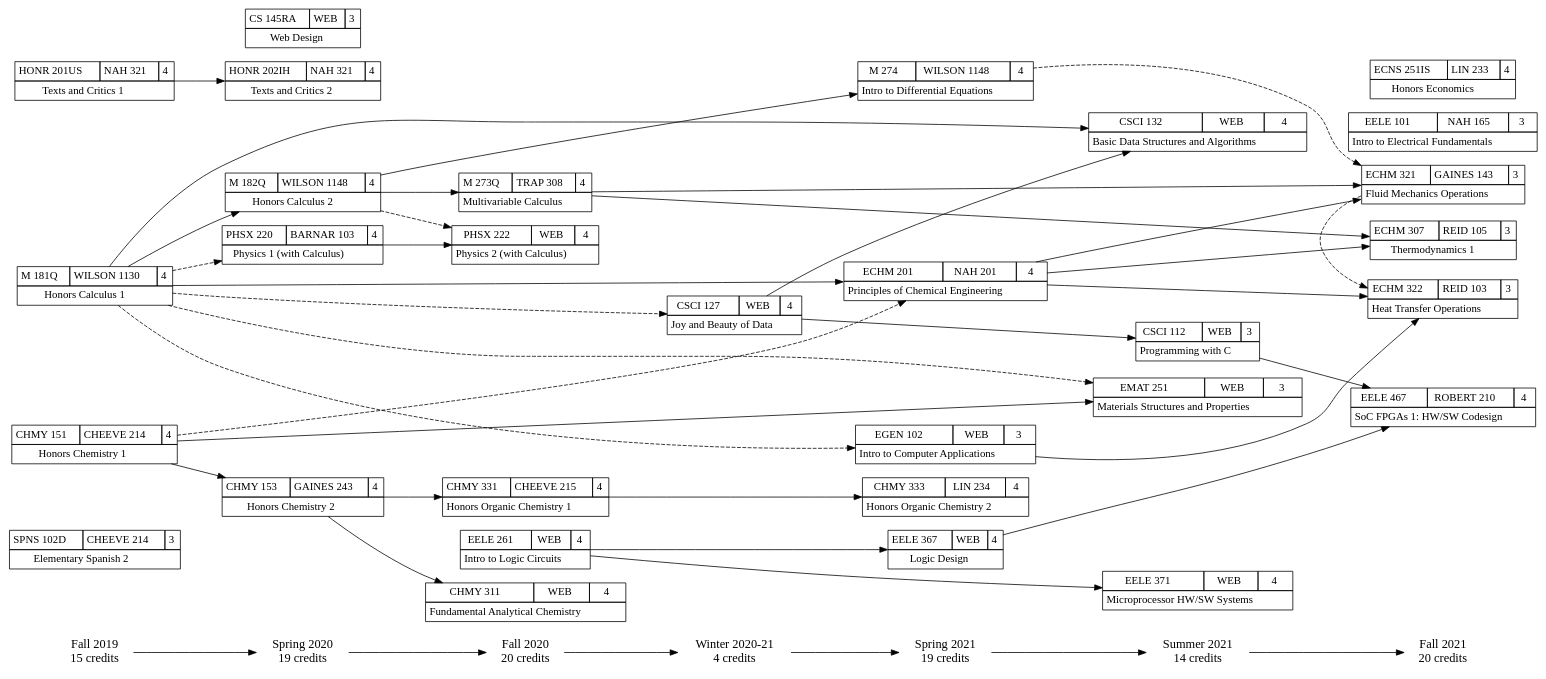
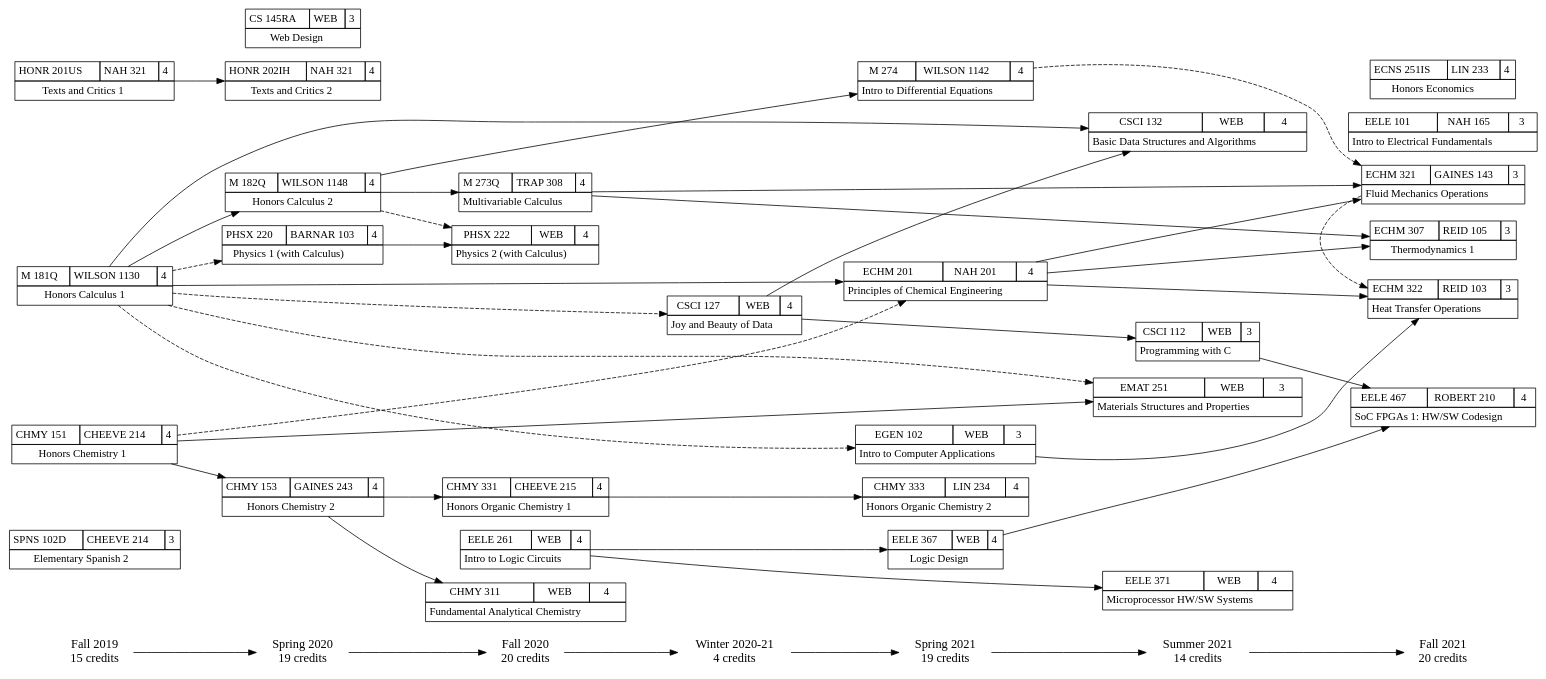
The diagram in courses_current.gv (w-culhane/courses-flowchart), drawn with Graphviz before and after one commit. The commit also changed 1 other file, not shown here.

```diff
--- a/courses_current.gv
+++ b/courses_current.gv
@@ -236,7 +236,7 @@
     <TABLE BORDER="0" CELLBORDER="1" CELLSPACING="0" CELLPADDING="4">
     <TR>
     <TD>\N</TD>
-    <TD>WILSON 1148</TD>
+    <TD>WILSON 1142</TD>
     <TD>4</TD>
     </TR>
     <TR><TD COLSPAN="3">Intro to Differential Equations</TD></TR>
```
